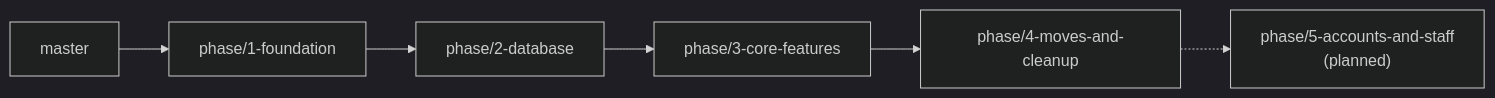
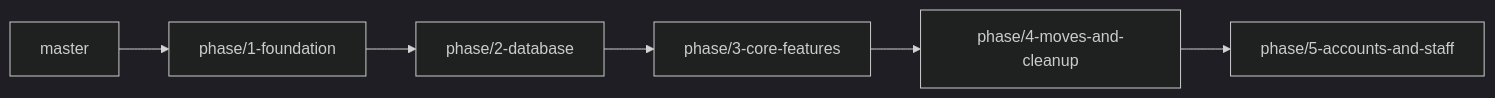
The diagram in docs/ROADMAP.md (MIMOCODES-DEV/new-unified-backend), drawn with Mermaid (dark theme) before and after one commit. The commit also changed other lines of this file and 3 other files, not shown here.

````diff
--- a/docs/ROADMAP.md
+++ b/docs/ROADMAP.md
@@ -25,8 +25,8 @@
 ```mermaid
 flowchart LR
   M["master"] --> P1["phase/1-foundation"]
   P1 --> P2["phase/2-database"]
   P2 --> P3["phase/3-core-features"]
   P3 --> P4["phase/4-moves-and-cleanup"]
-  P4 -.-> P5["phase/5-accounts-and-staff<br/>(planned)"]
+  P4 --> P5["phase/5-accounts-and-staff"]
 ```
````
